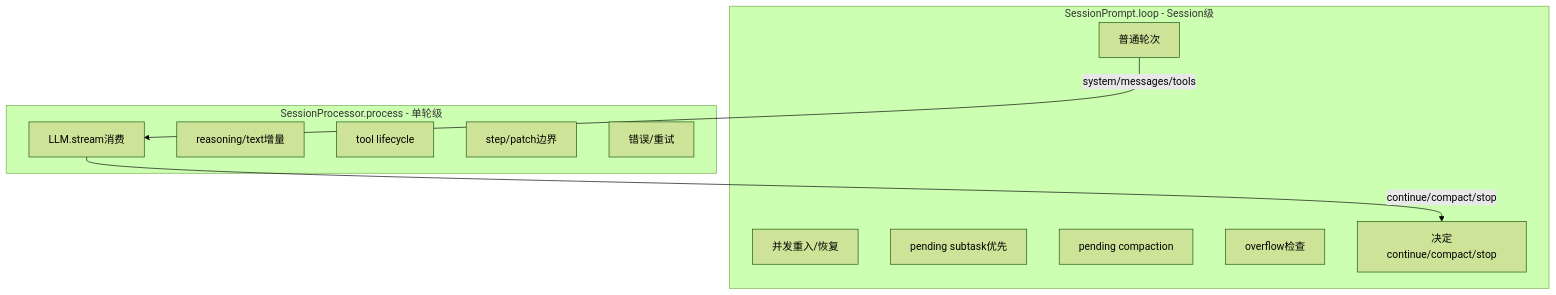
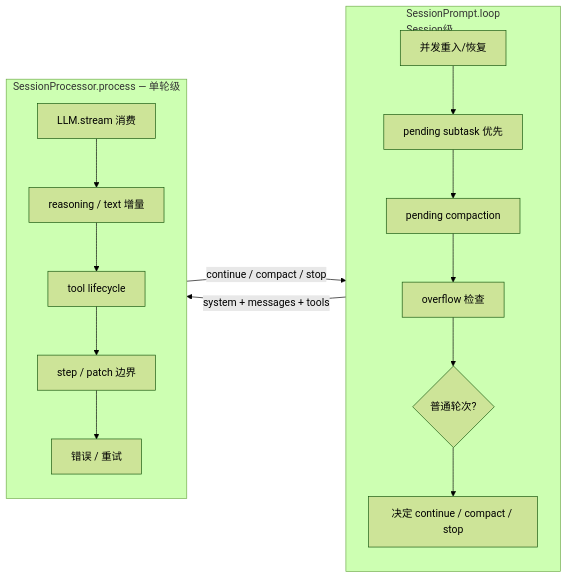
Before and after one commit to feuyeux/agent-study: the diagram in opencode_kickoff/10-loop-and-processor.md, drawn with Mermaid (forest theme). The commit also changed other lines of this file and 21 other files, not shown here.

````diff
--- a/opencode_kickoff/10-loop-and-processor.md
+++ b/opencode_kickoff/10-loop-and-processor.md
@@ -7,22 +7,26 @@
 ```mermaid
-graph TB
-    subgraph SessionPrompt.loop - Session级
+flowchart LR
+    subgraph Session["SessionPrompt.loop<br/>Session级"]
+        direction TB
         L1[并发重入/恢复]
-        L2[pending subtask优先]
+        L2[pending subtask 优先]
         L3[pending compaction]
-        L4[overflow检查]
-        L5[普通轮次]
-        L6[决定continue/compact/stop]
+        L4[overflow 检查]
+        L5{普通轮次?}
+        L6[决定 continue / compact / stop]
+        L1 --> L2 --> L3 --> L4 --> L5 --> L6
     end
 
-    subgraph SessionProcessor.process - 单轮级
-        P1[LLM.stream消费]
-        P2[reasoning/text增量]
+    subgraph Processor["SessionProcessor.process — 单轮级"]
+        direction TB
+        P1[LLM.stream 消费]
+        P2[reasoning / text 增量]
         P3[tool lifecycle]
-        P4[step/patch边界]
-        P5[错误/重试]
+        P4[step / patch 边界]
+        P5[错误 / 重试]
+        P1 --> P2 --> P3 --> P4 --> P5
     end
 
-    L5 -->|system/messages/tools| P1
-    P1 -->|continue/compact/stop| L6
+    L5 -->|"system + messages + tools"| P1
+    P5 -->|"continue / compact / stop"| L6
 ```
````
